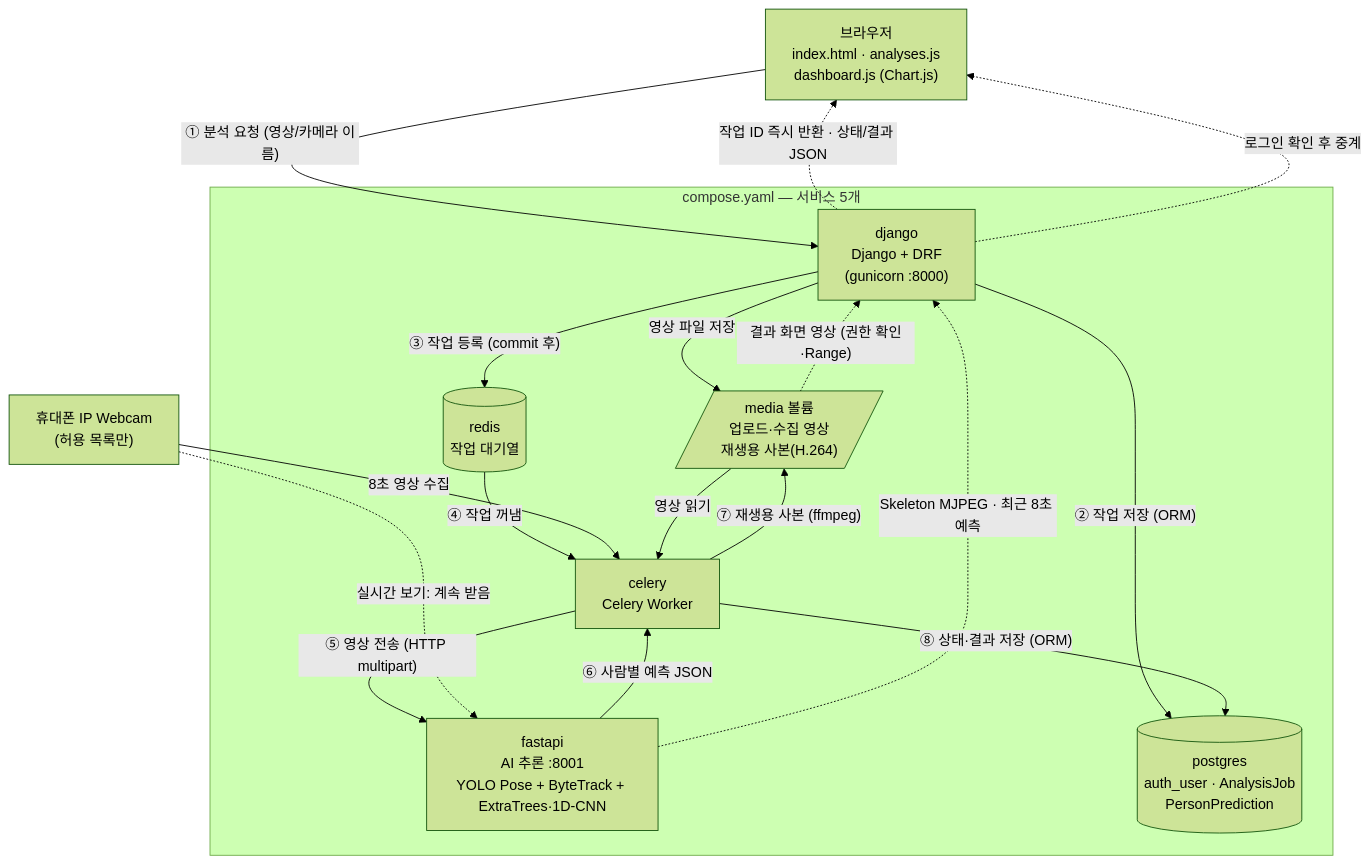
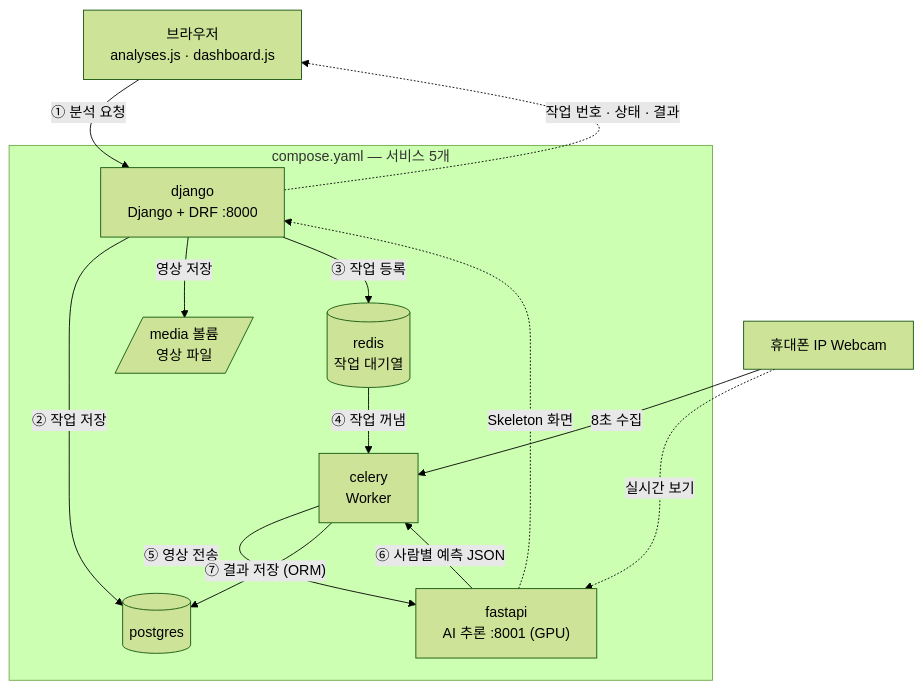
One commit to wlgptjd333/store-anomaly-service changed the second of 5 diagrams in README.md. Above: the diagram before and after it, drawn with Mermaid (forest theme). The commit also changed other lines of this file and 32 other files, not shown here.

````diff
--- a/README.md
+++ b/README.md
@@ -99,29 +82,25 @@
 ```mermaid
 flowchart TB
-    B["브라우저<br/>index.html · analyses.js<br/>dashboard.js (Chart.js)"]
-    CAM["휴대폰 IP Webcam<br/>(허용 목록만)"]
+    B["브라우저<br/>analyses.js · dashboard.js"]
+    CAM["휴대폰 IP Webcam"]
     subgraph compose["compose.yaml — 서비스 5개"]
-        D["django<br/>Django + DRF<br/>(gunicorn :8000)"]
+        D["django<br/>Django + DRF :8000"]
         R[("redis<br/>작업 대기열")]
-        C["celery<br/>Celery Worker"]
-        F["fastapi<br/>AI 추론 :8001<br/>YOLO Pose + ByteTrack + ExtraTrees·1D-CNN"]
-        P[("postgres<br/>auth_user · AnalysisJob<br/>PersonPrediction")]
-        M[/"media 볼륨<br/>업로드·수집 영상<br/>재생용 사본(H.264)"/]
+        C["celery<br/>Worker"]
+        F["fastapi<br/>AI 추론 :8001 (GPU)"]
+        P[("postgres")]
+        M[/"media 볼륨<br/>영상 파일"/]
     end
-    B -- "① 분석 요청 (영상/카메라 이름)" --> D
-    D -- "② 작업 저장 (ORM)" --> P
-    D -- "영상 파일 저장" --> M
-    D -- "③ 작업 등록 (commit 후)" --> R
-    D -. "작업 ID 즉시 반환 · 상태/결과 JSON" .-> B
+    B -- "① 분석 요청" --> D
+    D -- "② 작업 저장" --> P
+    D -- "영상 저장" --> M
+    D -- "③ 작업 등록" --> R
+    D -. "작업 번호 · 상태 · 결과" .-> B
     R -- "④ 작업 꺼냄" --> C
-    CAM -- "8초 영상 수집" --> C
-    M -- "영상 읽기" --> C
-    C -- "⑤ 영상 전송 (HTTP multipart)" --> F
+    CAM -- "8초 수집" --> C
+    C -- "⑤ 영상 전송" --> F
     F -- "⑥ 사람별 예측 JSON" --> C
-    C -- "⑦ 재생용 사본 (ffmpeg)" --> M
-    C -- "⑧ 상태·결과 저장 (ORM)" --> P
-    M -. "결과 화면 영상 (권한 확인·Range)" .-> D
-    CAM -. "실시간 보기: 계속 받음" .-> F
-    F -. "Skeleton MJPEG · 최근 8초 예측" .-> D
-    D -. "로그인 확인 후 중계" .-> B
+    C -- "⑦ 결과 저장 (ORM)" --> P
+    CAM -. "실시간 보기" .-> F
+    F -. "Skeleton 화면" .-> D
 ```
````
